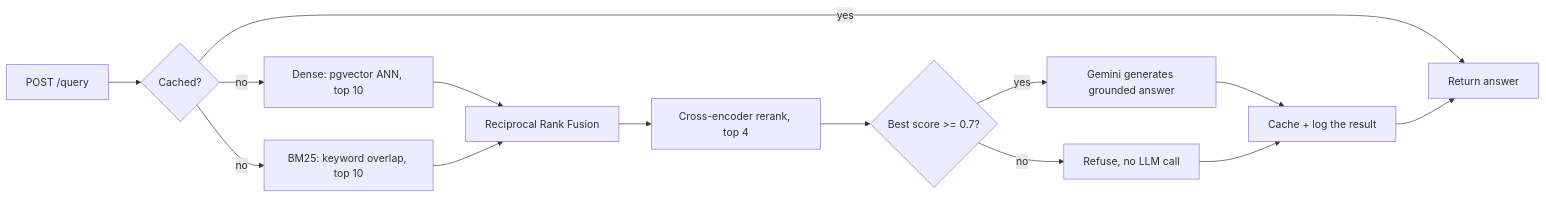
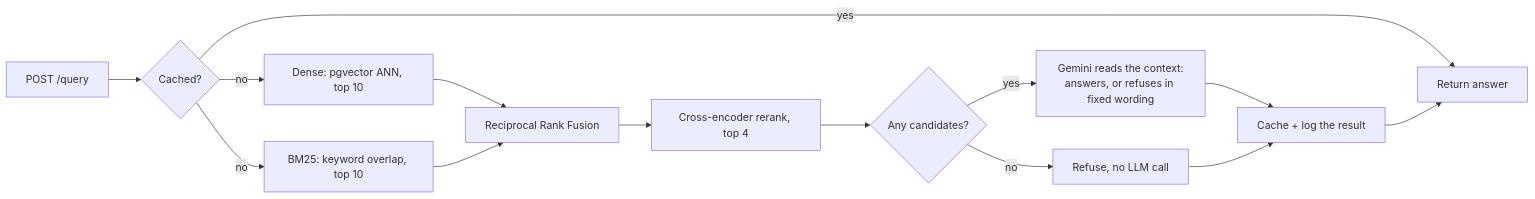
Before and after one commit to dkrapansh/documind: the second of 3 diagrams in README.md, drawn with Mermaid. The commit also changed other lines of this file and 1 other file, not shown here.

Commit message:
docs: record why the confidence threshold was removed and what replaced it

````diff
--- a/README.md
+++ b/README.md
@@ -121,16 +121,16 @@
 ```mermaid
 flowchart LR
     Q["POST /query"] --> Cache{"Cached?"}
     Cache -- yes --> Return["Return answer"]
     Cache -- no --> Dense["Dense: pgvector ANN, top 10"]
     Cache -- no --> BM25["BM25: keyword overlap, top 10"]
     Dense --> RRF["Reciprocal Rank Fusion"]
     BM25 --> RRF
     RRF --> Rerank["Cross-encoder rerank, top 4"]
-    Rerank --> Threshold{"Best score >= 0.7?"}
-    Threshold -- no --> Refuse["Refuse, no LLM call"]
-    Threshold -- yes --> LLM["Gemini generates grounded answer"]
+    Rerank --> Any{"Any candidates?"}
+    Any -- no --> Refuse["Refuse, no LLM call"]
+    Any -- yes --> LLM["Gemini reads the context:<br/>answers, or refuses in fixed wording"]
     LLM --> Store["Cache + log the result"]
     Refuse --> Store
     Store --> Return
 ```
````
